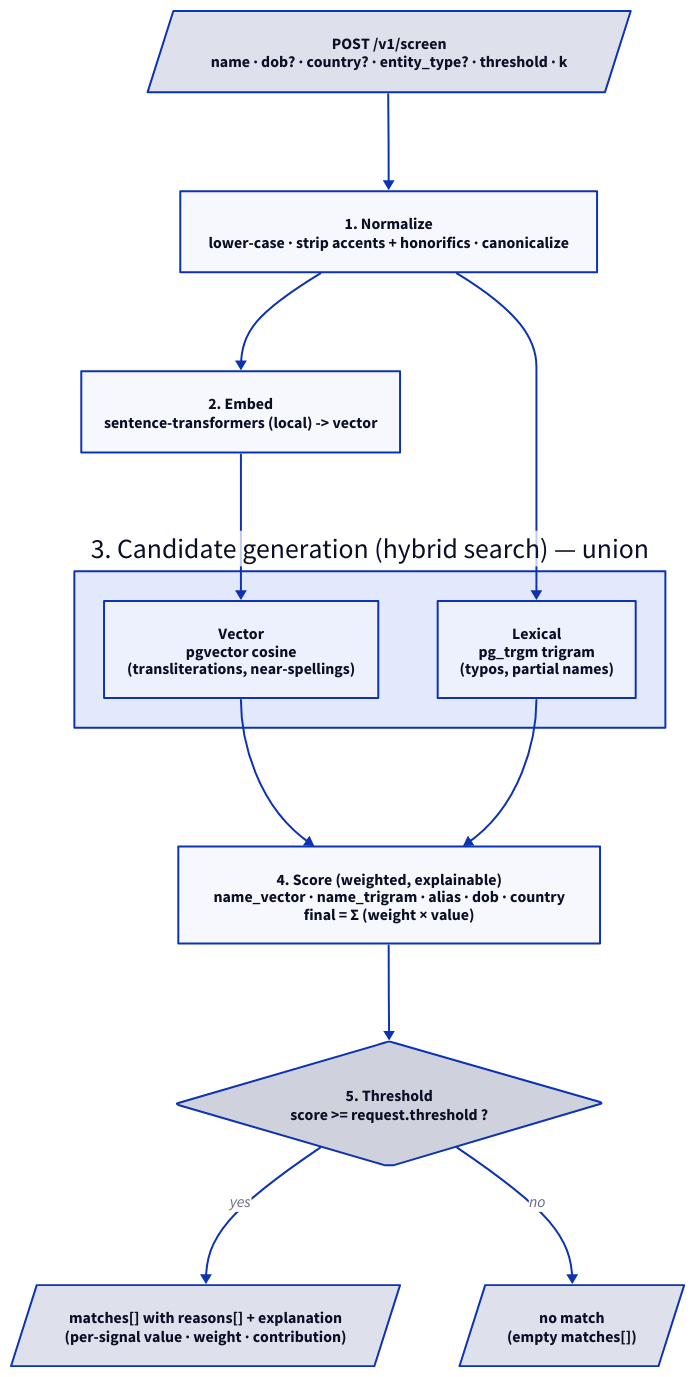
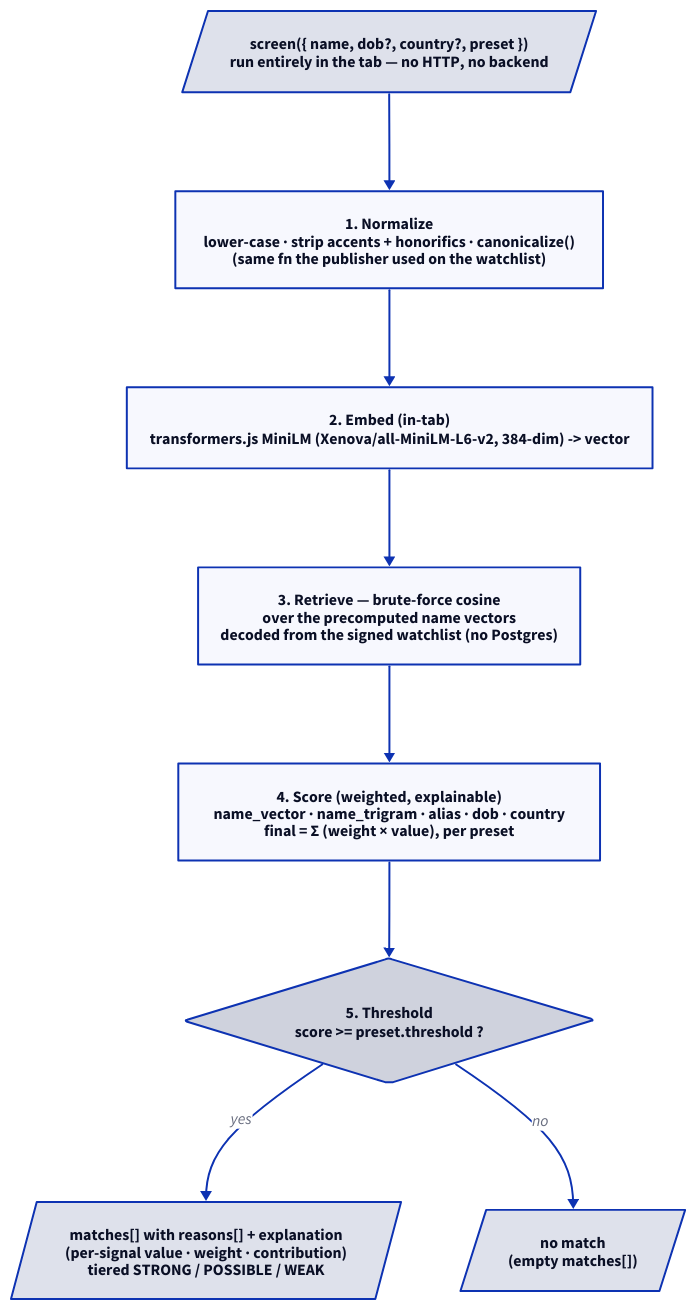
The diagram in docs/diagrams/screening-pipeline.d2 (hseshadr/aml-filter), drawn with D2 before and after one commit. The commit also changed 427 other files, not shown here.

First line of the commit message:
aml-filter v3 — zero-server, pure-TypeScript, in-browser AML screening (#25)

```diff
--- a/docs/diagrams/screening-pipeline.d2
+++ b/docs/diagrams/screening-pipeline.d2
@@ -1,63 +1,52 @@
-# aml-filter — screening pipeline
-# normalize -> candidate-gen (fuzzy + vector) -> score -> threshold -> decision + explanation
+# aml-filter — screening pipeline (v3, in-browser)
+# normalize -> embed -> cosine retrieve -> weighted score -> threshold -> decision + explanation
 
 direction: down
 
 query: {
-  label: "POST /v1/screen\nname · dob? · country? · entity_type? · threshold · k"
+  label: "screen({ name, dob?, country?, preset })\nrun entirely in the tab — no HTTP, no backend"
   shape: parallelogram
 }
 
 normalize: {
-  label: "1. Normalize\nlower-case · strip accents + honorifics · canonicalize"
+  label: "1. Normalize\nlower-case · strip accents + honorifics · canonicalize()\n(same fn the publisher used on the watchlist)"
   shape: rectangle
 }
 
 embed: {
-  label: "2. Embed\nsentence-transformers (local) -> vector"
+  label: "2. Embed (in-tab)\ntransformers.js MiniLM (Xenova/all-MiniLM-L6-v2, 384-dim) -> vector"
   shape: rectangle
 }
 
-candidates: {
-  label: "3. Candidate generation (hybrid search) — union"
+retrieve: {
+  label: "3. Retrieve — brute-force cosine\nover the precomputed name vectors\ndecoded from the signed watchlist (no Postgres)"
   shape: rectangle
-
-  vector: {
-    label: "Vector\npgvector cosine\n(transliterations, near-spellings)"
-    shape: rectangle
-  }
-  lexical: {
-    label: "Lexical\npg_trgm trigram\n(typos, partial names)"
-    shape: rectangle
-  }
 }
 
 score: {
-  label: "4. Score (weighted, explainable)\nname_vector · name_trigram · alias · dob · country\nfinal = Σ (weight × value)"
+  label: "4. Score (weighted, explainable)\nname_vector · name_trigram · alias · dob · country\nfinal = Σ (weight × value), per preset"
   shape: rectangle
 }
 
 threshold: {
-  label: "5. Threshold\nscore >= request.threshold ?"
+  label: "5. Threshold\nscore >= preset.threshold ?"
   shape: diamond
 }
 
 matches: {
-  label: "matches[] with reasons[] + explanation\n(per-signal value · weight · contribution)"
+  label: "matches[] with reasons[] + explanation\n(per-signal value · weight · contribution)\ntiered STRONG / POSSIBLE / WEAK"
   shape: parallelogram
 }
 
 empty: {
   label: "no match\n(empty matches[])"
   shape: parallelogram
 }
 
 query -> normalize
 normalize -> embed
-embed -> candidates.vector
-normalize -> candidates.lexical
-candidates.vector -> score
-candidates.lexical -> score
+embed -> retrieve
+retrieve -> score
 score -> threshold
 threshold -> matches: "yes"
 threshold -> empty: "no"
```
